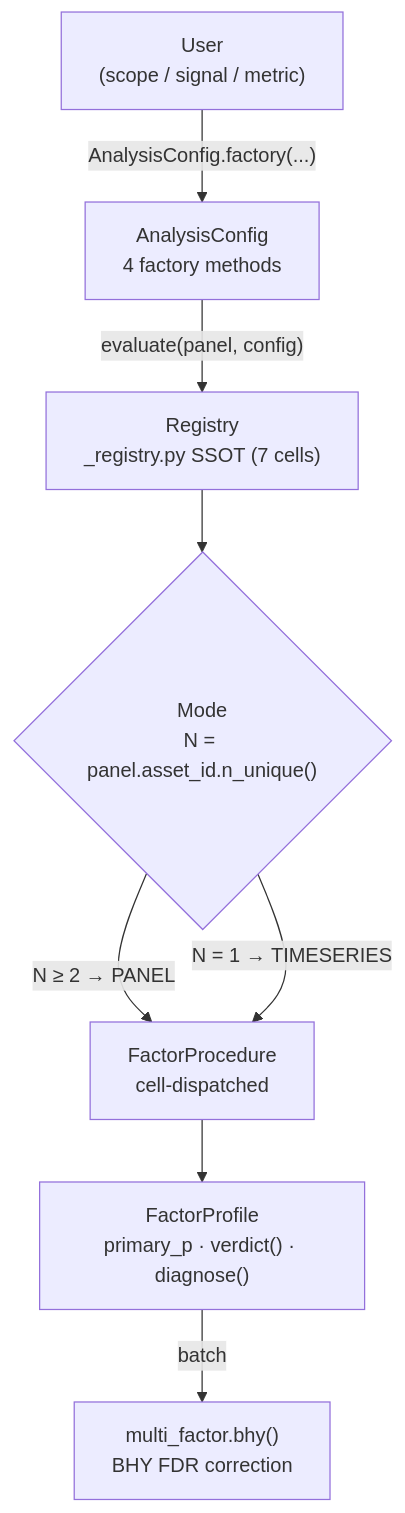
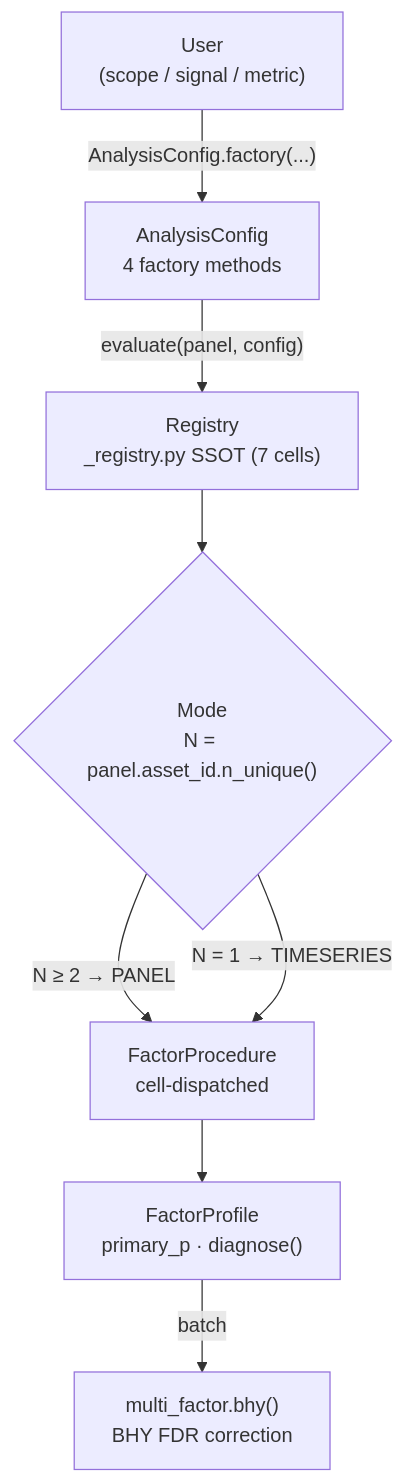
The diagram in docs/development/architecture.md (awwesomeman/factrix), drawn with Mermaid before and after one commit. The commit also changed other lines of this file and 36 other files, not shown here.

First line of the commit message:
refactor!: remove FactorProfile.verdict() (#243)

````diff
--- a/docs/development/architecture.md
+++ b/docs/development/architecture.md
@@ -20,18 +20,18 @@
 ```mermaid
 flowchart TD
     User["User<br/>(scope / signal / metric)"]
     AC["AnalysisConfig<br/>4 factory methods"]
     REG["Registry<br/>_registry.py SSOT (7 cells)"]
     MODE{"Mode<br/>N = panel.asset_id.n_unique()"}
     PROC["FactorProcedure<br/>cell-dispatched"]
-    FP["FactorProfile<br/>primary_p · verdict() · diagnose()"]
+    FP["FactorProfile<br/>primary_p · diagnose()"]
     BHY["multi_factor.bhy()<br/>BHY FDR correction"]
 
     User -->|"AnalysisConfig.factory(...)"| AC
     AC -->|"evaluate(panel, config)"| REG
     REG --> MODE
     MODE -->|"N ≥ 2 → PANEL"| PROC
     MODE -->|"N = 1 → TIMESERIES"| PROC
     PROC --> FP
     FP -->|"batch"| BHY
 ```
````
